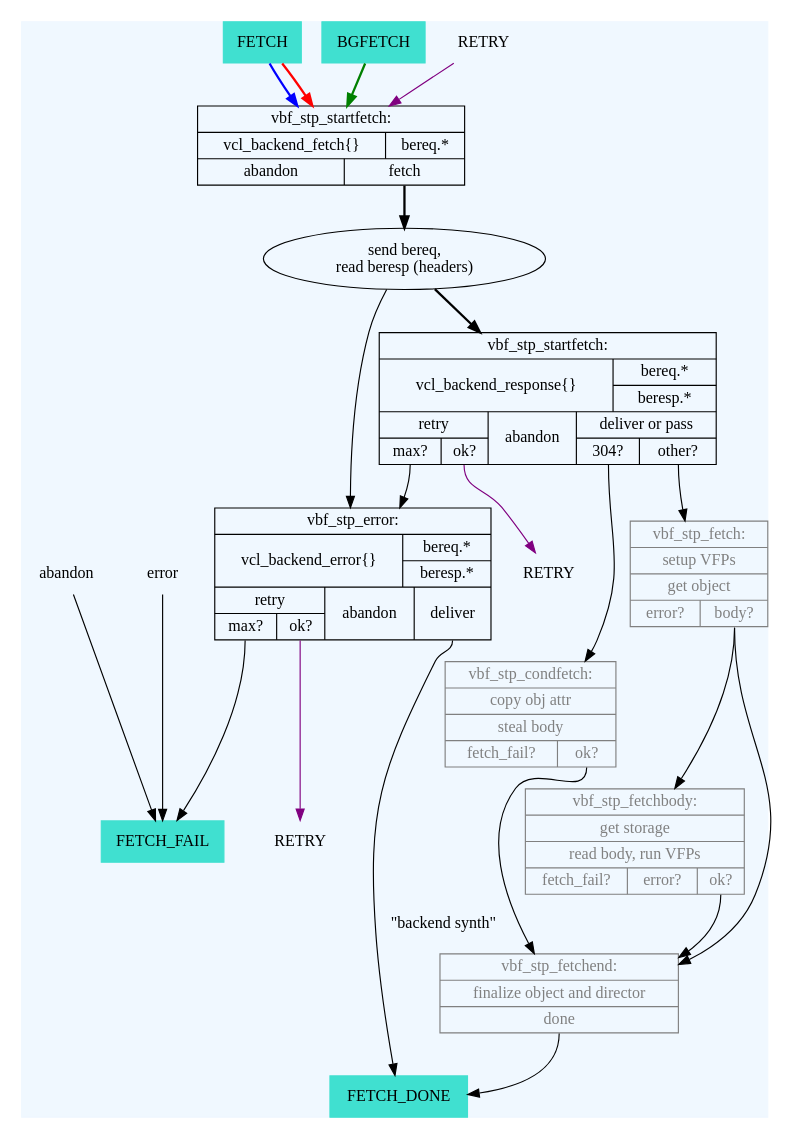
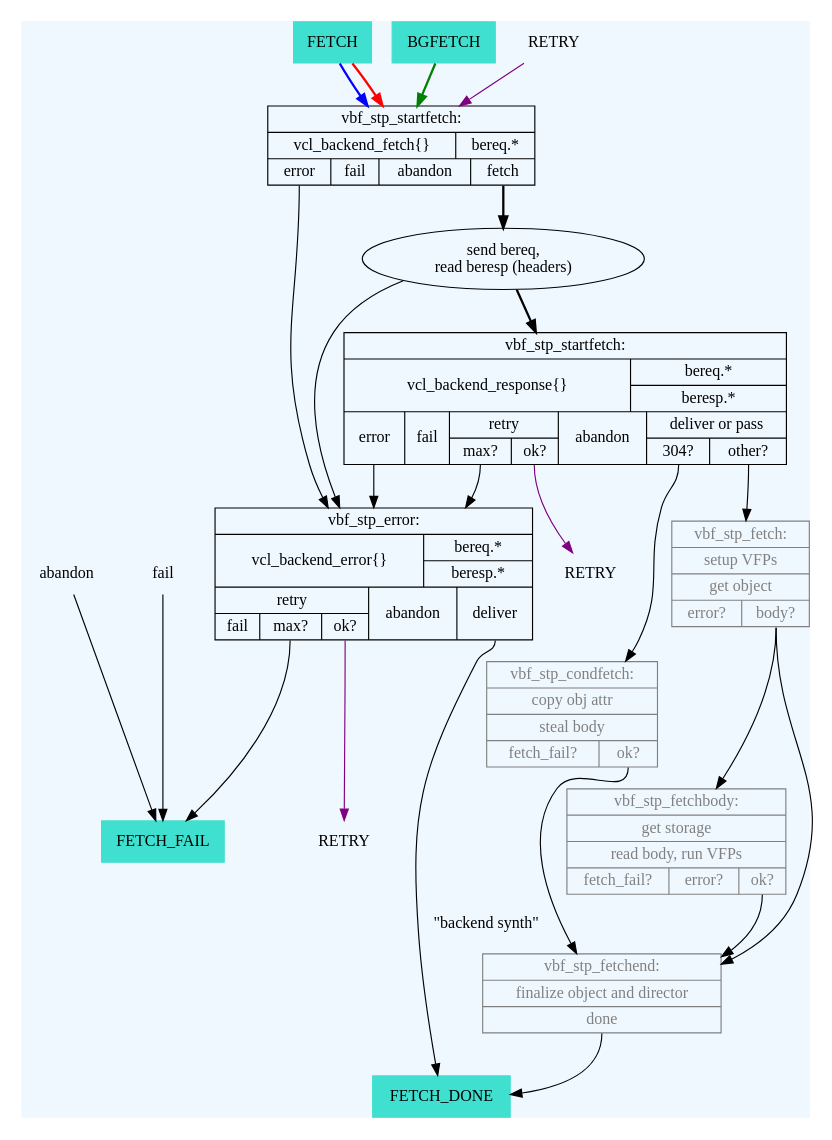
Before and after one commit to wikimedia/operations-debs-varnish4: the diagram in doc/graphviz/cache_fetch.dot, drawn with Graphviz. The commit also changed 1238 other files, not shown here.

```diff
--- a/doc/graphviz/cache_fetch.dot
+++ b/doc/graphviz/cache_fetch.dot
@@ -1,118 +1,120 @@
 /*
  * we should format labels in a readable form like
  *			    label="
  *			    {vbf_stp_startfetch:|
  *				    {vcl_backend_fetch\{\}|bereq.*}|
  *				    {abandon|
  *					    <fetch>fetch}}"
  *
  * <rant>
  * ... but some servers in the v-c.o build farm use old graphviz 2.26.3
  * which cannot handle labels with additional whitespace properly, so
  * for the time being we need to fall back into dark middle ages and
  * use illegibly long lines
  * </rant>
  * -- slink 20141013
  */
 
 digraph cache_fetch {
 	margin="0.5"
 	center="1"
 
 	/*** cache_fetch.c ***/
 	subgraph cluster_backend {
 		style=filled
 		color=aliceblue
 		RETRY [shape=plaintext]
 		v_b_f_BGFETCH [label="BGFETCH",
 			       shape=box,
 			       style=filled,
 			       color=turquoise]
 		v_b_f_FETCH [label="FETCH",
 			       shape=box,
 			       style=filled,
 			       color=turquoise]
 		v_b_f_BGFETCH -> v_b_f [style=bold,color=green]
 		v_b_f_FETCH -> v_b_f [style=bold,color=blue]
 		v_b_f_FETCH -> v_b_f [style=bold,color=red]
 		RETRY -> v_b_f [color=purple]
 		/* vbf_stp_startfetch() */
 		v_b_f [
 			    shape=record
-			    label="{vbf_stp_startfetch:|{vcl_backend_fetch\{\}|bereq.*}|{abandon|<fetch>fetch}}"
+			    label="{vbf_stp_startfetch:|{vcl_backend_fetch\{\}|bereq.*}|{<error>error|fail|abandon|<fetch>fetch}}"
 		]
+		v_b_f:error:s -> v_b_e
 		v_b_f:fetch:s -> v_b_hdrs [style=bold]
 		v_b_hdrs [ label="send bereq,\nread beresp (headers)"]
 		v_b_hdrs -> v_b_r [style=bold]
 		v_b_hdrs -> v_b_e
 		v_b_r [
 			    shape=record
-			    label="{vbf_stp_startfetch:|{vcl_backend_response\{\}|{bereq.*|beresp.*}}|{{retry|{<max>max?|<retry>ok?}}|abandon|{deliver or pass|{<fetch_304>304?|<non_304>other?}}}}"
+			    label="{vbf_stp_startfetch:|{vcl_backend_response\{\}|{bereq.*|beresp.*}}|{<error>error|fail|{retry|{<max>max?|<retry>ok?}}|abandon|{deliver or pass|{<fetch_304>304?|<non_304>other?}}}}"
 		]
+		v_b_r:error:s -> v_b_e
 		v_b_r:retry -> v_b_r_retry [color=purple]
 		v_b_r:max -> v_b_e
 		v_b_r:fetch_304:s -> vbf_stp_condfetch
 		v_b_r:non_304:s -> vbf_stp_fetch
 
 		v_b_r_retry [label="RETRY",shape=plaintext]
 
 		vbf_stp_fetchbody [
 			       shape=record
 			       fontcolor=grey
 			       color=grey
 			       label="{vbf_stp_fetchbody:|get storage|read body, run VFPs|{fetch_fail?|error?|<ok>ok?}}"
 			       ]
 		vbf_stp_fetchbody:ok:s -> vbf_stp_fetchend
 
 		vbf_stp_fetch [
 			       shape=record
 			       fontcolor=grey
 			       color=grey
 			       label="{vbf_stp_fetch:|setup VFPs|get object|{error?|<body>body?}}"
 			       ]
 		vbf_stp_fetch:body:s -> vbf_stp_fetchbody
 		vbf_stp_fetch:body:s -> vbf_stp_fetchend
 
 		vbf_stp_fetchend [
 			       shape=record
 			       fontcolor=grey
 			       color=grey
 			       label="{vbf_stp_fetchend:|finalize object and director|<done>done}"
 			       ]
 		vbf_stp_fetchend:done:s -> FETCH_DONE
 
 		vbf_stp_condfetch [
 			       shape=record
 			       fontcolor=grey
 			       color=grey
 			       label="{vbf_stp_condfetch:|copy obj attr|steal body|{fetch_fail?|<ok>ok?}}"
 
 		]
 		vbf_stp_condfetch:ok:s -> vbf_stp_fetchend
 
-		error [shape=plaintext]
-		error -> FETCH_FAIL
+		fail [shape=plaintext]
+		fail -> FETCH_FAIL
 
 		/* vbf_stp_error */
 		v_b_e [
 			    shape=record
-			    label="{vbf_stp_error:|{vcl_backend_error\{\}|{bereq.*|beresp.*}}|{{retry|{<max>max?|<retry>ok?}}|abandon|<deliver>deliver}}}"
+			    label="{vbf_stp_error:|{vcl_backend_error\{\}|{bereq.*|beresp.*}}|{{retry|{<fail>fail|<max>max?|<retry>ok?}}|abandon|<deliver>deliver}}}"
 			    ]
 		// v_b_e:deliver aka "backend synth" - goes into cache
 		v_b_e:deliver -> FETCH_DONE [label="\"backend synth\""]
 		v_b_e:retry -> v_b_e_retry [color=purple]
 		v_b_e_retry [label="RETRY",shape=plaintext]
 		v_b_e:max:s -> FETCH_FAIL
 
 		v_b_e_retry [label="RETRY",shape=plaintext]
 
 		FETCH_DONE [label="FETCH_DONE",
 			    shape=box,style=filled,color=turquoise]
 
 		abandon [shape=plaintext]
 		abandon -> FETCH_FAIL
 		// F_STP_FAIL
 		FETCH_FAIL [label="FETCH_FAIL",
 			    shape=box,style=filled,color=turquoise]
 	}
 }
```
